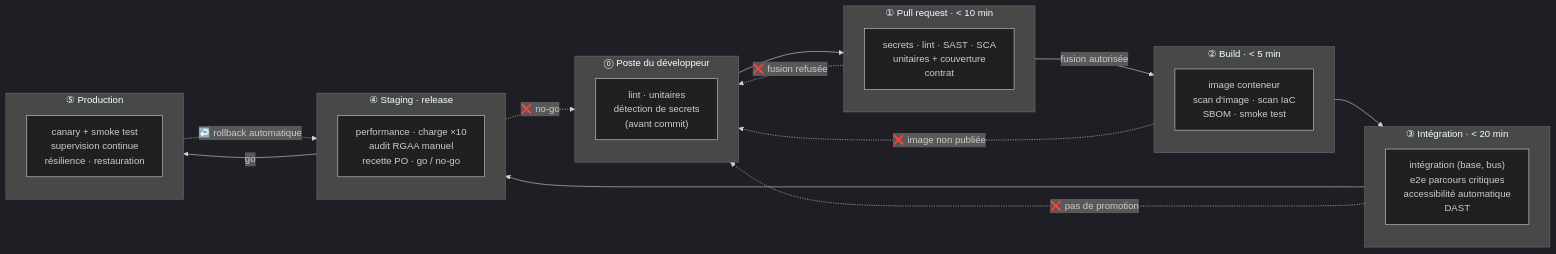
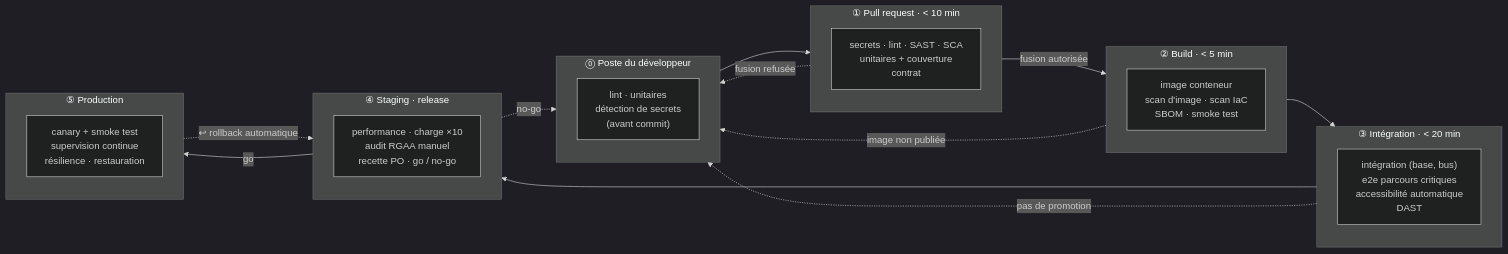
One commit to ALD3X/CESI_B3_Collab changed the diagram in docs/environnement_tests/US-06.3_tests_pipeline.md. Above: the diagram before and after it, drawn with Mermaid (dark theme). The commit also changed other lines of this file and 18 other files, not shown here.

````diff
--- a/docs/environnement_tests/US-06.3_tests_pipeline.md
+++ b/docs/environnement_tests/US-06.3_tests_pipeline.md
@@ -15,28 +15,28 @@
 ```mermaid
 flowchart LR
     subgraph S0["⓪ Poste du développeur"]
         A0["lint · unitaires<br/>détection de secrets<br/>(avant commit)"]
     end
     subgraph S1["① Pull request · < 10 min"]
         A1["secrets · lint · SAST · SCA<br/>unitaires + couverture<br/>contrat"]
     end
     subgraph S2["② Build · < 5 min"]
         A2["image conteneur<br/>scan d'image · scan IaC<br/>SBOM · smoke test"]
     end
     subgraph S3["③ Intégration · < 20 min"]
         A3["intégration (base, bus)<br/>e2e parcours critiques<br/>accessibilité automatique<br/>DAST"]
     end
     subgraph S4["④ Staging · release"]
         A4["performance · charge ×10<br/>audit RGAA manuel<br/>recette PO · go / no-go"]
     end
     subgraph S5["⑤ Production"]
         A5["canary + smoke test<br/>supervision continue<br/>résilience · restauration"]
     end
 
     S0 --> S1 -->|"fusion autorisée"| S2 --> S3 --> S4 -->|"go"| S5
-    S1 -. "❌ fusion refusée" .-> S0
-    S2 -. "❌ image non publiée" .-> S0
-    S3 -. "❌ pas de promotion" .-> S0
-    S4 -. "❌ no-go" .-> S0
-    S5 -. "↩️ rollback automatique" .-> S4
+    S1 -. " fusion refusée" .-> S0
+    S2 -. " image non publiée" .-> S0
+    S3 -. " pas de promotion" .-> S0
+    S4 -. " no-go" .-> S0
+    S5 -. "↩ rollback automatique" .-> S4
 ```
````
